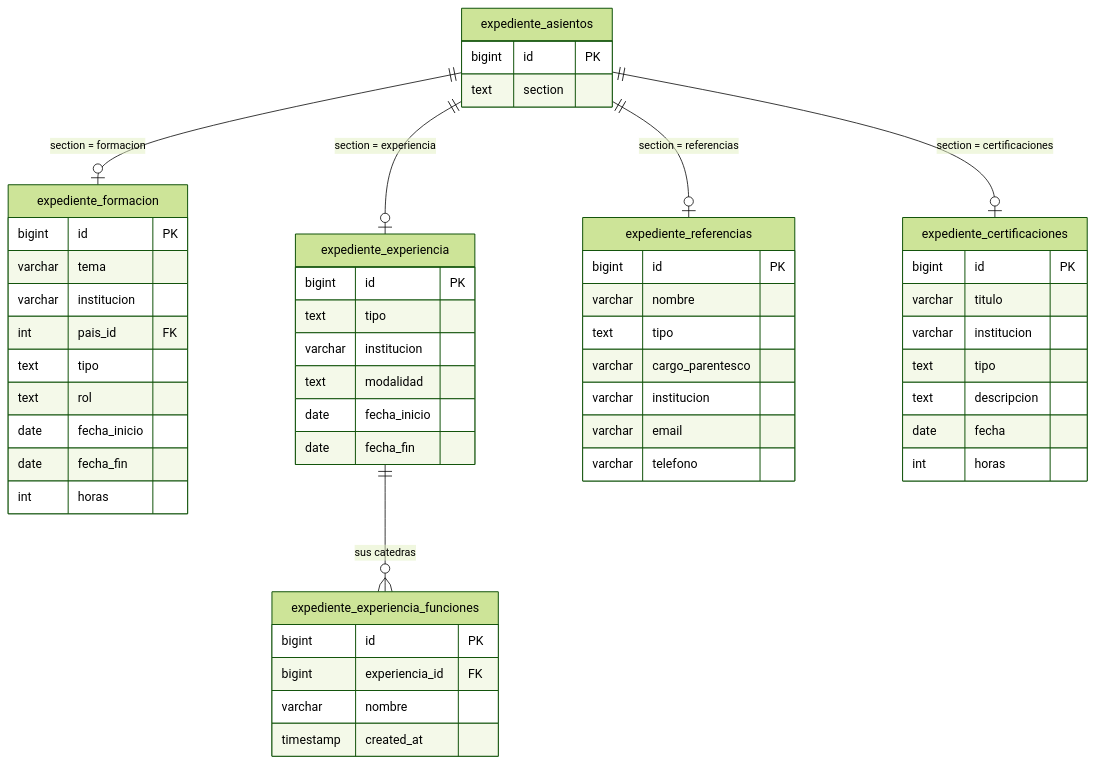
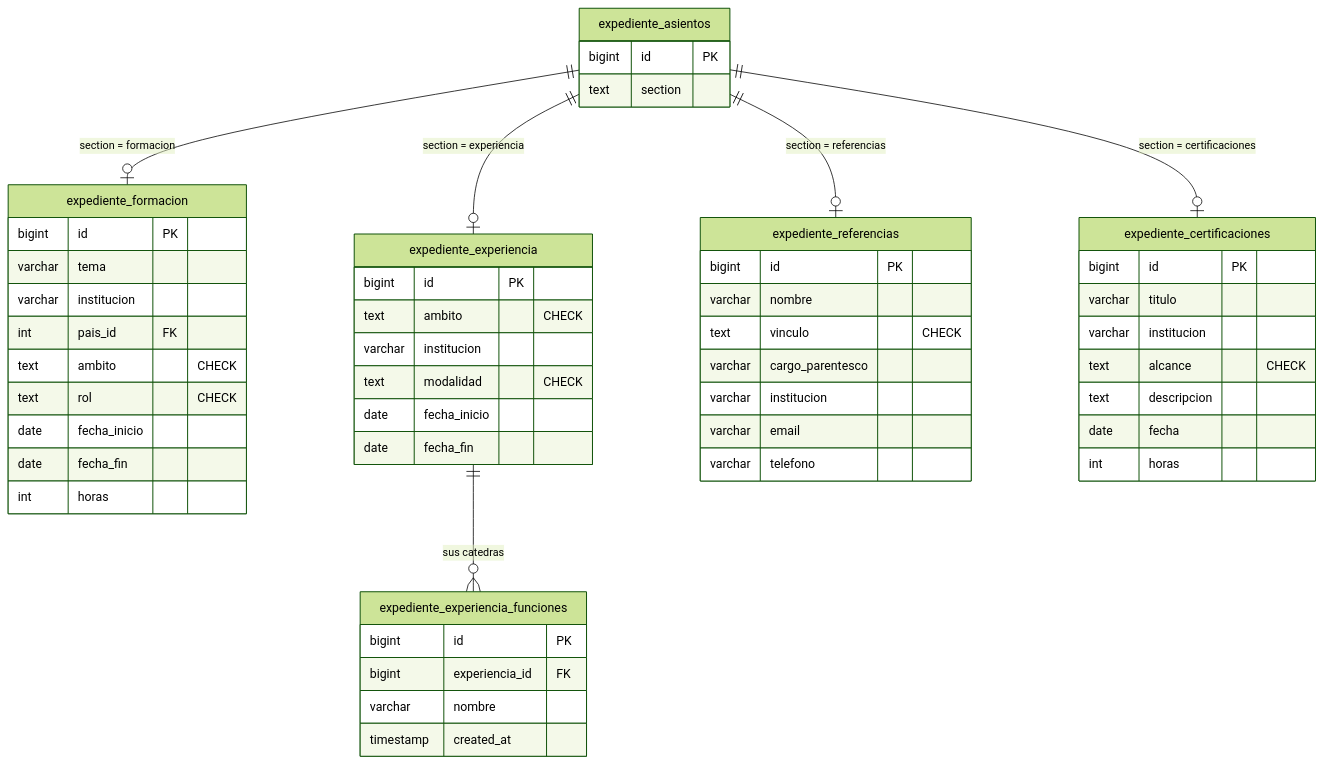
Before and after one commit to fresvel/deasy: the second of 8 diagrams in docs/src/content/docs/complemento/expediente.md, drawn with Mermaid (forest theme). The commit also changed other lines of this file and 2 other files, not shown here.

````diff
--- a/docs/src/content/docs/complemento/expediente.md
+++ b/docs/src/content/docs/complemento/expediente.md
@@ -98,62 +98,62 @@
 ```mermaid
 erDiagram
   %% parcial: de expediente_asientos solo se dibujan id y section, para ver el reparto
   expediente_asientos ||--o| expediente_formacion : "section = formacion"
   expediente_asientos ||--o| expediente_experiencia : "section = experiencia"
   expediente_asientos ||--o| expediente_referencias : "section = referencias"
   expediente_asientos ||--o| expediente_certificaciones : "section = certificaciones"
   expediente_experiencia ||--o{ expediente_experiencia_funciones : "sus catedras"
 
   expediente_asientos {
     bigint id PK
     text section
   }
 
   expediente_formacion {
     bigint id PK
     varchar tema
     varchar institucion
     int pais_id FK
-    text tipo
-    text rol
+    text ambito "CHECK"
+    text rol "CHECK"
     date fecha_inicio
     date fecha_fin
     int horas
   }
 
   expediente_experiencia {
     bigint id PK
-    text tipo
+    text ambito "CHECK"
     varchar institucion
-    text modalidad
+    text modalidad "CHECK"
     date fecha_inicio
     date fecha_fin
   }
 
   expediente_experiencia_funciones {
     bigint id PK
     bigint experiencia_id FK
     varchar nombre
     timestamp created_at
   }
 
   expediente_referencias {
     bigint id PK
     varchar nombre
-    text tipo
+    text vinculo "CHECK"
     varchar cargo_parentesco
     varchar institucion
     varchar email
     varchar telefono
   }
 
   expediente_certificaciones {
     bigint id PK
     varchar titulo
     varchar institucion
-    text tipo
+    text alcance "CHECK"
     text descripcion
     date fecha
     int horas
   }
 ```
````
